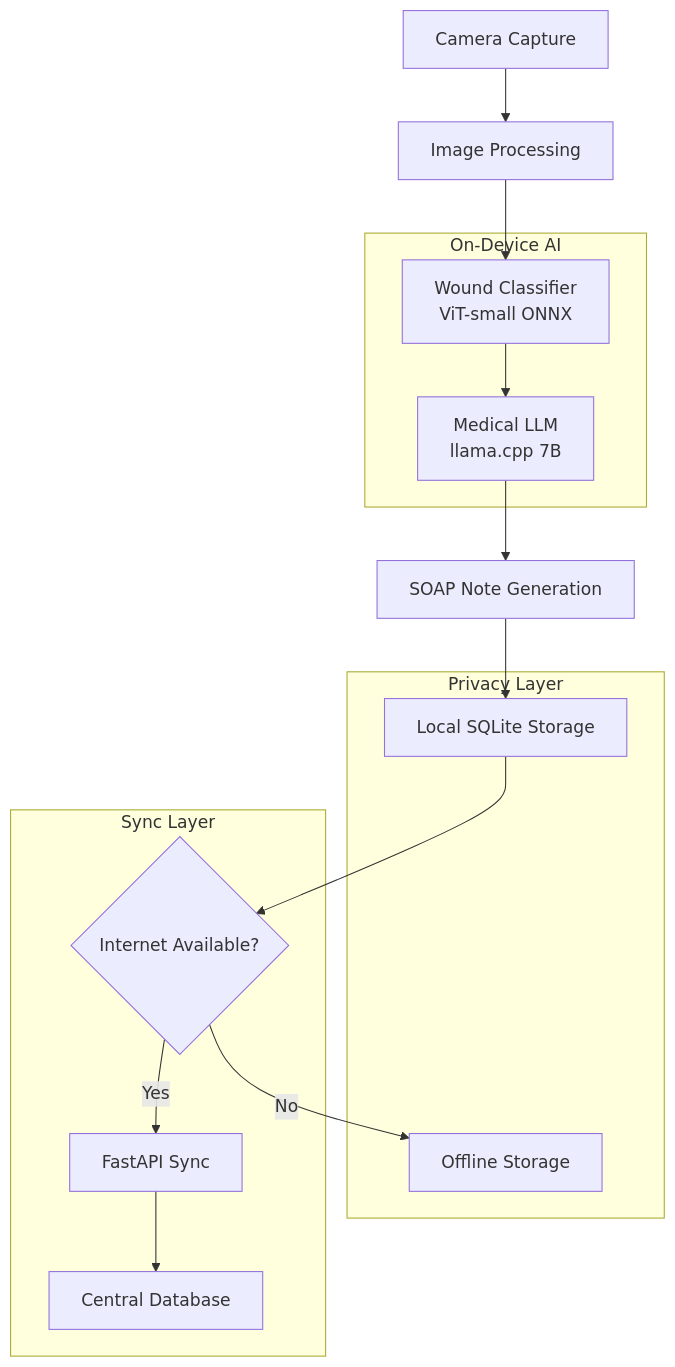
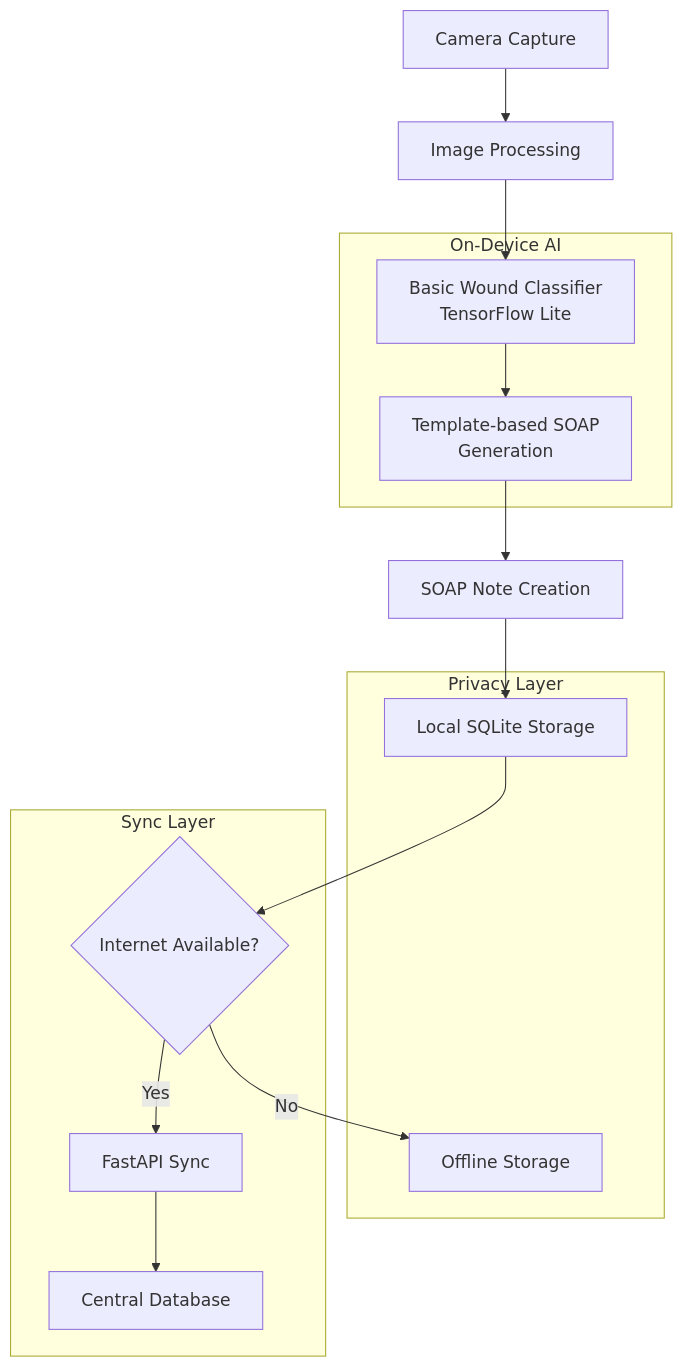
One commit to aryaman103/Medimeld---Heathcare- changed the diagram in README.md. Above: the diagram before and after it, drawn with Mermaid. The commit also changed other lines of this file and 8 other files, not shown here.

````diff
--- a/README.md
+++ b/README.md
@@ -17,28 +17,28 @@
 ```mermaid
 graph TB
     A[Camera Capture] --> B[Image Processing]
-    B --> C[Wound Classifier<br/>ViT-small ONNX]
-    C --> D[Medical LLM<br/>llama.cpp 7B]
-    D --> E[SOAP Note Generation]
+    B --> C[Basic Wound Classifier<br/>TensorFlow Lite]
+    C --> D[Template-based SOAP<br/>Generation]
+    D --> E[SOAP Note Creation]
     E --> F[Local SQLite Storage]
     F --> G{Internet Available?}
     G -->|Yes| H[FastAPI Sync]
     G -->|No| I[Offline Storage]
     H --> J[Central Database]
     
     subgraph "On-Device AI"
         C
         D
     end
     
     subgraph "Privacy Layer"
         F
         I
     end
     
     subgraph "Sync Layer"
         G
         H
         J
     end
 ```
````
